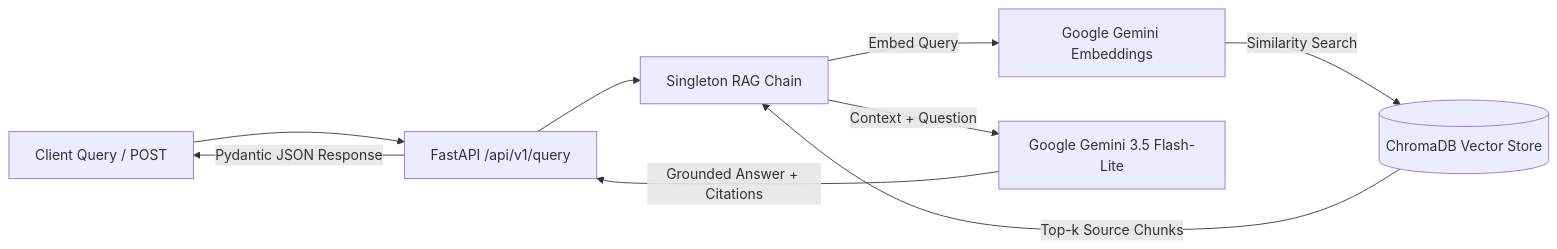
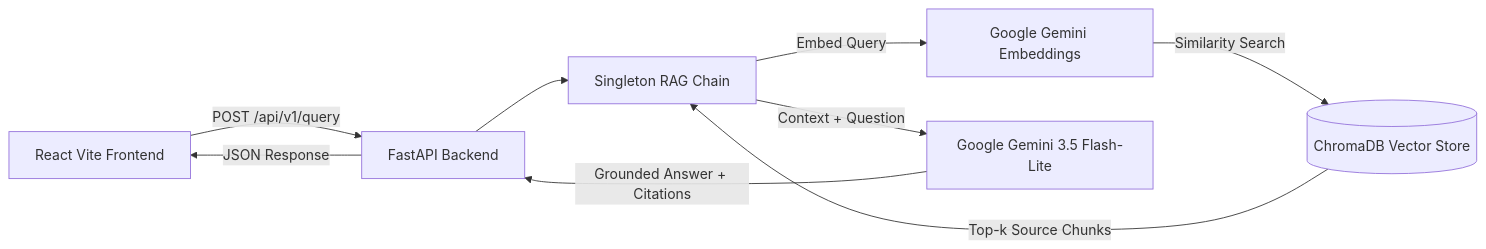
The diagram in README.md (Chengetanaim/short-intense-movements-rag), drawn with Mermaid before and after one commit. The commit also changed other lines of this file and 1 other file, not shown here.

````diff
--- a/README.md
+++ b/README.md
@@ -34,11 +36,11 @@
 ```mermaid
 flowchart LR
-    A[Client Query / POST] --> B[FastAPI /api/v1/query]
+    A[React Vite Frontend] -->|POST /api/v1/query| B[FastAPI Backend]
     B --> C[Singleton RAG Chain]
     C -->|Embed Query| D[Google Gemini Embeddings]
     D -->|Similarity Search| E[(ChromaDB Vector Store)]
     E -->|Top-k Source Chunks| C
     C -->|Context + Question| F[Google Gemini 3.5 Flash-Lite]
     F -->|Grounded Answer + Citations| B
-    B -->|Pydantic JSON Response| A
+    B -->|JSON Response| A
 ```
````
